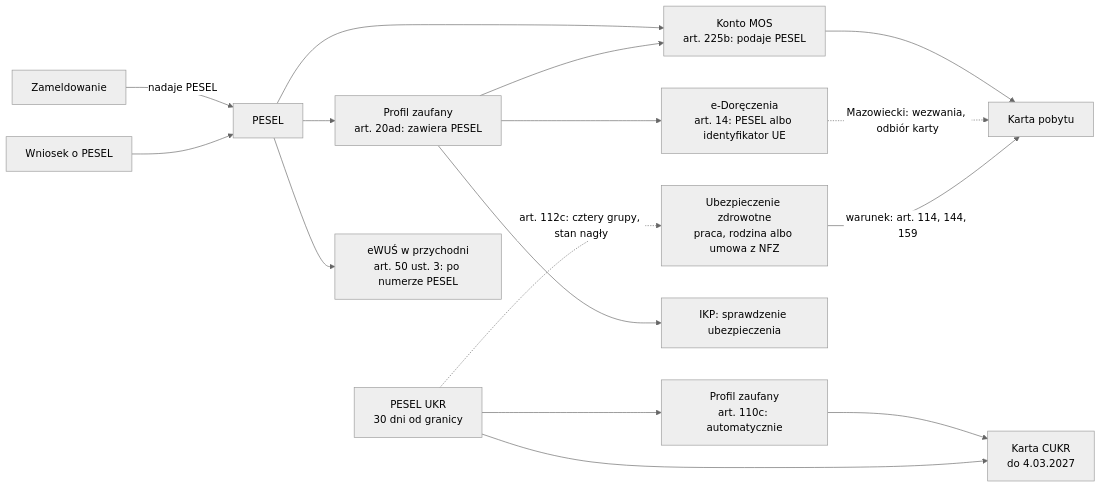
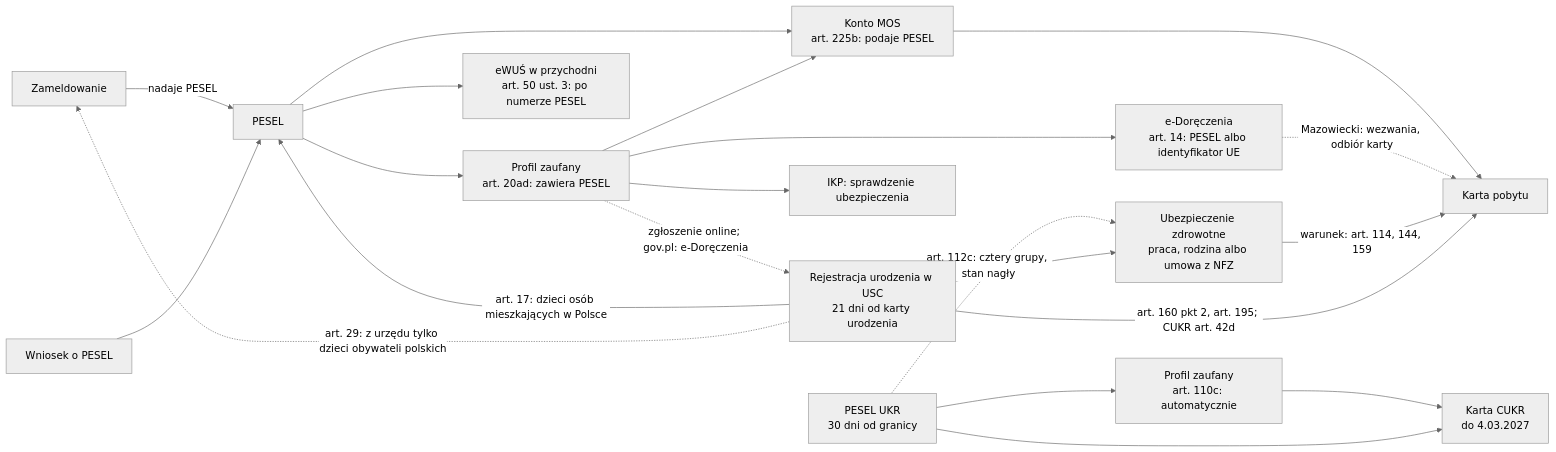
One commit to wrzalkosowskilukaszz/formalka-next changed the diagram in docs/formalka-next/20-MATTER-MAPS.md. Above: the diagram before and after it, drawn with Mermaid (neutral theme). The commit also changed other lines of this file and 19 other files, not shown here.

````diff
--- a/docs/formalka-next/20-MATTER-MAPS.md
+++ b/docs/formalka-next/20-MATTER-MAPS.md
@@ -32,18 +33,23 @@
 ```mermaid
 flowchart LR
   ZAM[Zameldowanie] -->|nadaje PESEL| PESEL[PESEL]
   PESELW[Wniosek o PESEL] --> PESEL
   PESEL --> PZ[Profil zaufany<br/>art. 20ad: zawiera PESEL]
   PESEL --> MOS[Konto MOS<br/>art. 225b: podaje PESEL]
   PZ --> MOS
   PZ --> ED[e-Doręczenia<br/>art. 14: PESEL albo identyfikator UE]
   MOS --> KP[Karta pobytu]
   ED -.->|Mazowiecki: wezwania, odbiór karty| KP
   UKR[PESEL UKR<br/>30 dni od granicy] --> PZU[Profil zaufany<br/>art. 110c: automatycznie]
   PZU --> CUKR[Karta CUKR<br/>do 4.03.2027]
   UKR --> CUKR
   PESEL --> EWUS[eWUŚ w przychodni<br/>art. 50 ust. 3: po numerze PESEL]
   PZ --> IKP[IKP: sprawdzenie ubezpieczenia]
   UBZ[Ubezpieczenie zdrowotne<br/>praca, rodzina albo umowa z NFZ] -->|warunek: art. 114, 144, 159| KP
   UKR -.->|art. 112c: cztery grupy, stan nagły| UBZ
+  URO[Rejestracja urodzenia w USC<br/>21 dni od karty urodzenia] -->|art. 17: dzieci osób mieszkających w Polsce| PESEL
+  URO -.->|art. 29: z urzędu tylko dzieci obywateli polskich| ZAM
+  URO --> UBZ
+  URO -->|art. 160 pkt 2, art. 195; CUKR art. 42d| KP
+  PZ -.->|zgłoszenie online; gov.pl: e-Doręczenia| URO
 ```
````
